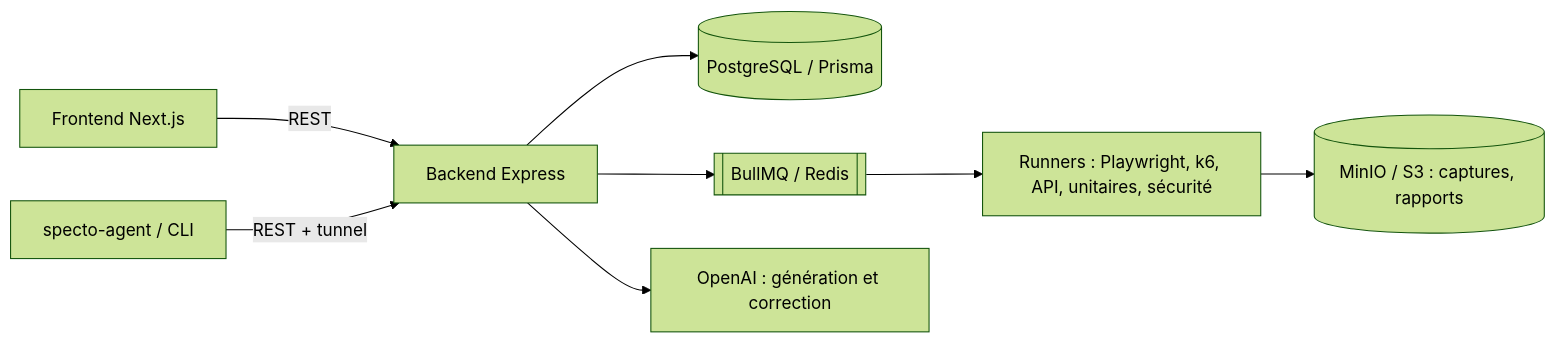
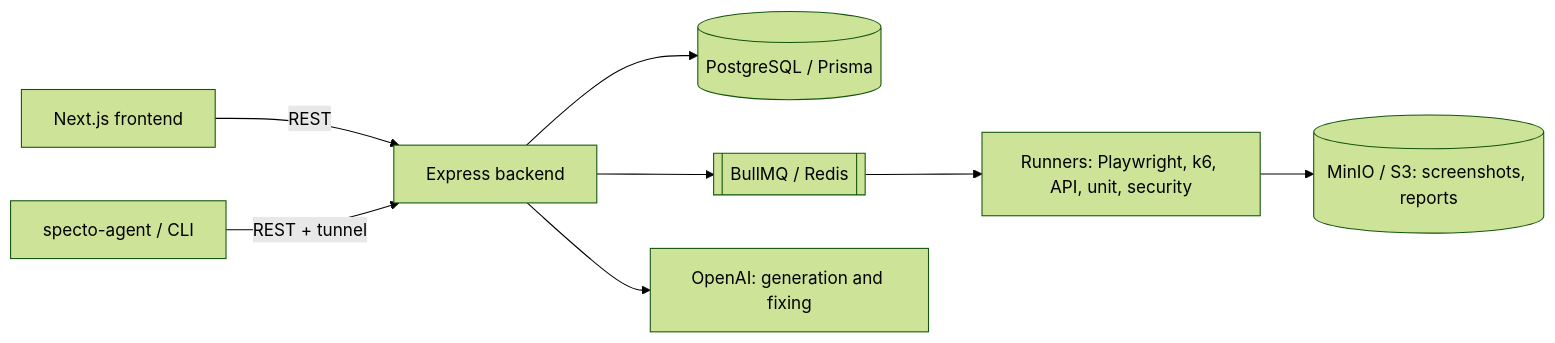
The diagram in README.md (adlanehzx/Specto), drawn with Mermaid (forest theme) before and after one commit. The commit also changed other lines of this file and 4 other files, not shown here.

````diff
--- a/README.md
+++ b/README.md
@@ -32,10 +32,10 @@
 ```mermaid
 flowchart LR
-    UI[Frontend Next.js] -->|REST| API[Backend Express]
+    UI[Next.js frontend] -->|REST| API[Express backend]
     CLI[specto-agent / CLI] -->|REST + tunnel| API
     API --> DB[(PostgreSQL / Prisma)]
     API --> Q[[BullMQ / Redis]]
-    Q --> W[Runners : Playwright, k6, API, unitaires, sécurité]
-    W --> S3[(MinIO / S3 : captures, rapports)]
-    API --> LLM[OpenAI : génération et correction]
+    Q --> W[Runners: Playwright, k6, API, unit, security]
+    W --> S3[(MinIO / S3: screenshots, reports)]
+    API --> LLM[OpenAI: generation and fixing]
 ```
````
